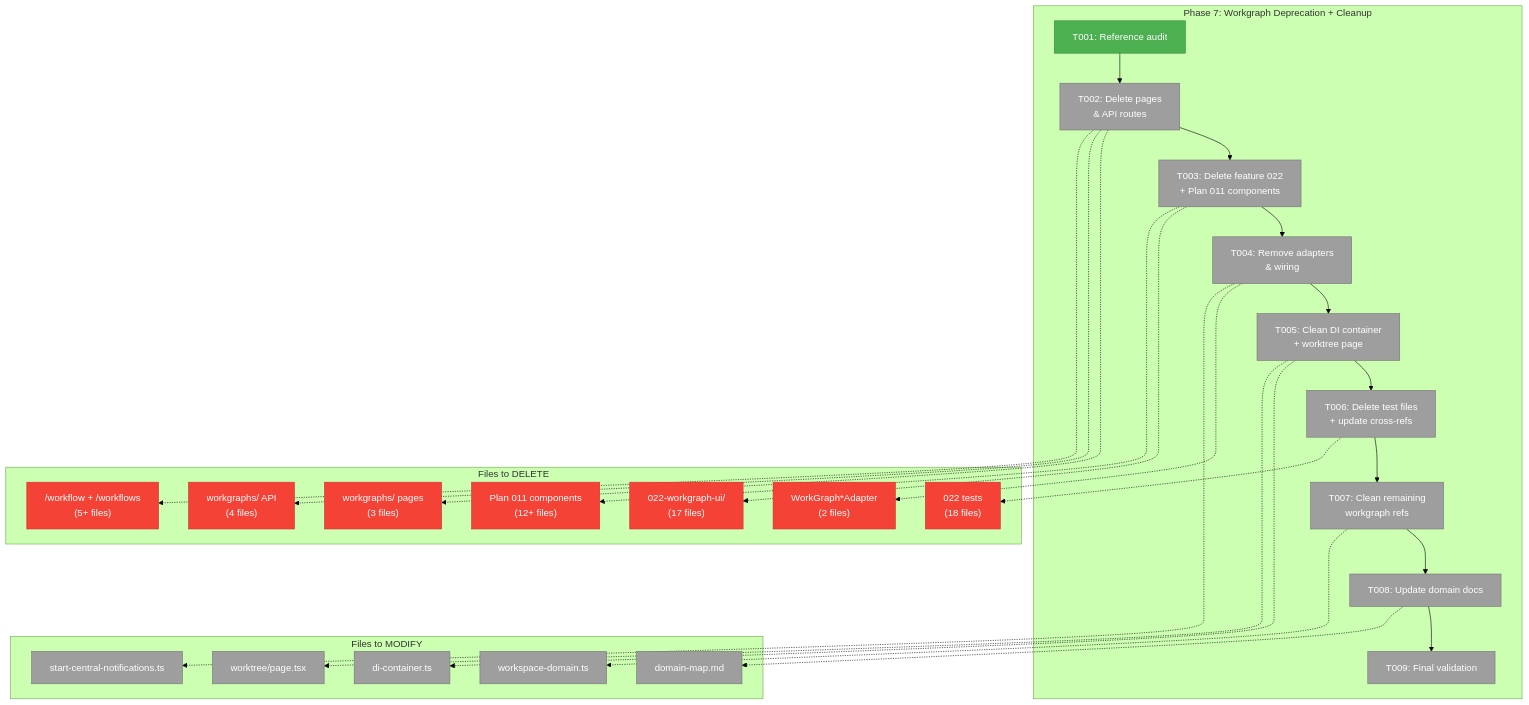
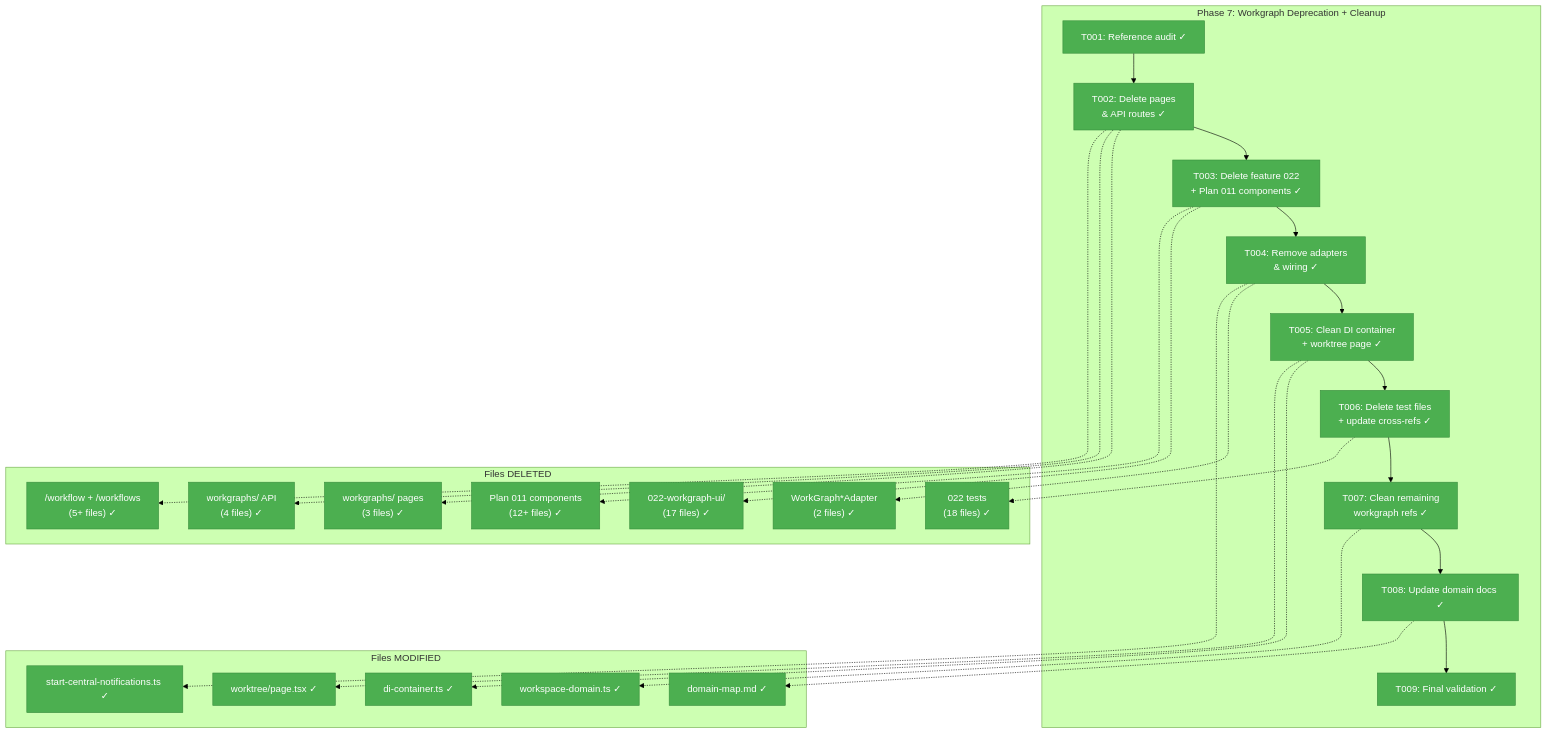
Before and after one commit to AI-Substrate/chainglass: the first of 3 diagrams in docs/plans/050-workflow-page-ux/tasks/phase-7-workgraph-deprecation-cleanup/tasks.md, drawn with Mermaid (forest theme). The commit also changed other lines of this file and 7 other files, not shown here.

````diff
--- a/docs/plans/050-workflow-page-ux/tasks/phase-7-workgraph-deprecation-cleanup/tasks.md
+++ b/docs/plans/050-workflow-page-ux/tasks/phase-7-workgraph-deprecation-cleanup/tasks.md
@@ -74,58 +74,58 @@
 ```mermaid
 flowchart TD
     classDef pending fill:#9E9E9E,stroke:#757575,color:#fff
     classDef completed fill:#4CAF50,stroke:#388E3C,color:#fff
     classDef delete fill:#F44336,stroke:#D32F2F,color:#fff
 
     subgraph Phase7["Phase 7: Workgraph Deprecation + Cleanup"]
-        T001["T001: Reference audit"]:::completed
-        T002["T002: Delete pages<br/>& API routes"]:::pending
-        T003["T003: Delete feature 022<br/>+ Plan 011 components"]:::pending
-        T004["T004: Remove adapters<br/>& wiring"]:::pending
-        T005["T005: Clean DI container<br/>+ worktree page"]:::pending
-        T006["T006: Delete test files<br/>+ update cross-refs"]:::pending
-        T007["T007: Clean remaining<br/>workgraph refs"]:::pending
-        T008["T008: Update domain docs"]:::pending
-        T009["T009: Final validation"]:::pending
+        T001["T001: Reference audit ✓"]:::completed
+        T002["T002: Delete pages<br/>& API routes ✓"]:::completed
+        T003["T003: Delete feature 022<br/>+ Plan 011 components ✓"]:::completed
+        T004["T004: Remove adapters<br/>& wiring ✓"]:::completed
+        T005["T005: Clean DI container<br/>+ worktree page ✓"]:::completed
+        T006["T006: Delete test files<br/>+ update cross-refs ✓"]:::completed
+        T007["T007: Clean remaining<br/>workgraph refs ✓"]:::completed
+        T008["T008: Update domain docs ✓"]:::completed
+        T009["T009: Final validation ✓"]:::completed
 
         T001 --> T002
         T002 --> T003
         T003 --> T004
         T004 --> T005
         T005 --> T006
         T006 --> T007
         T007 --> T008
         T008 --> T009
     end
 
-    subgraph Delete["Files to DELETE"]
-        F1["022-workgraph-ui/<br/>(17 files)"]:::delete
-        F2["workgraphs/ pages<br/>(3 files)"]:::delete
-        F3["workgraphs/ API<br/>(4 files)"]:::delete
-        F4["/workflow + /workflows<br/>(5+ files)"]:::delete
-        F5["WorkGraph*Adapter<br/>(2 files)"]:::delete
-        F6["022 tests<br/>(18 files)"]:::delete
-        F7["Plan 011 components<br/>(12+ files)"]:::delete
+    subgraph Delete["Files DELETED"]
+        F1["022-workgraph-ui/<br/>(17 files) ✓"]:::completed
+        F2["workgraphs/ pages<br/>(3 files) ✓"]:::completed
+        F3["workgraphs/ API<br/>(4 files) ✓"]:::completed
+        F4["/workflow + /workflows<br/>(5+ files) ✓"]:::completed
+        F5["WorkGraph*Adapter<br/>(2 files) ✓"]:::completed
+        F6["022 tests<br/>(18 files) ✓"]:::completed
+        F7["Plan 011 components<br/>(12+ files) ✓"]:::completed
     end
 
-    subgraph Modify["Files to MODIFY"]
-        M1["di-container.ts"]:::pending
-        M2["worktree/page.tsx"]:::pending
-        M3["start-central-notifications.ts"]:::pending
-        M4["workspace-domain.ts"]:::pending
-        M5["domain-map.md"]:::pending
+    subgraph Modify["Files MODIFIED"]
+        M1["di-container.ts ✓"]:::completed
+        M2["worktree/page.tsx ✓"]:::completed
+        M3["start-central-notifications.ts ✓"]:::completed
+        M4["workspace-domain.ts ✓"]:::completed
+        M5["domain-map.md ✓"]:::completed
     end
 
     T002 -.-> F2
     T002 -.-> F3
     T002 -.-> F4
     T003 -.-> F1
     T003 -.-> F7
     T004 -.-> F5
     T005 -.-> M1
     T005 -.-> M2
     T004 -.-> M3
     T006 -.-> F6
     T007 -.-> M4
     T008 -.-> M5
 ```
````
